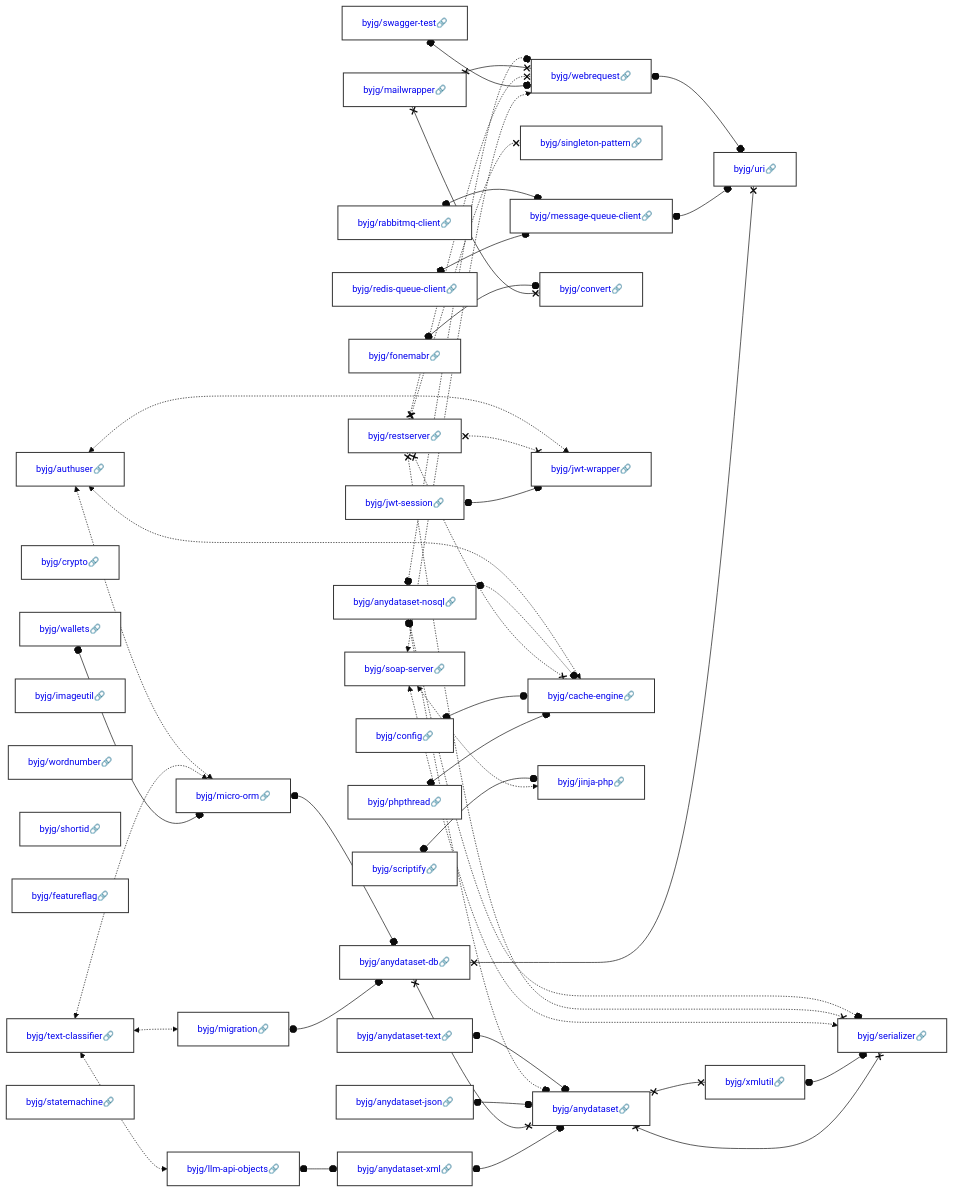
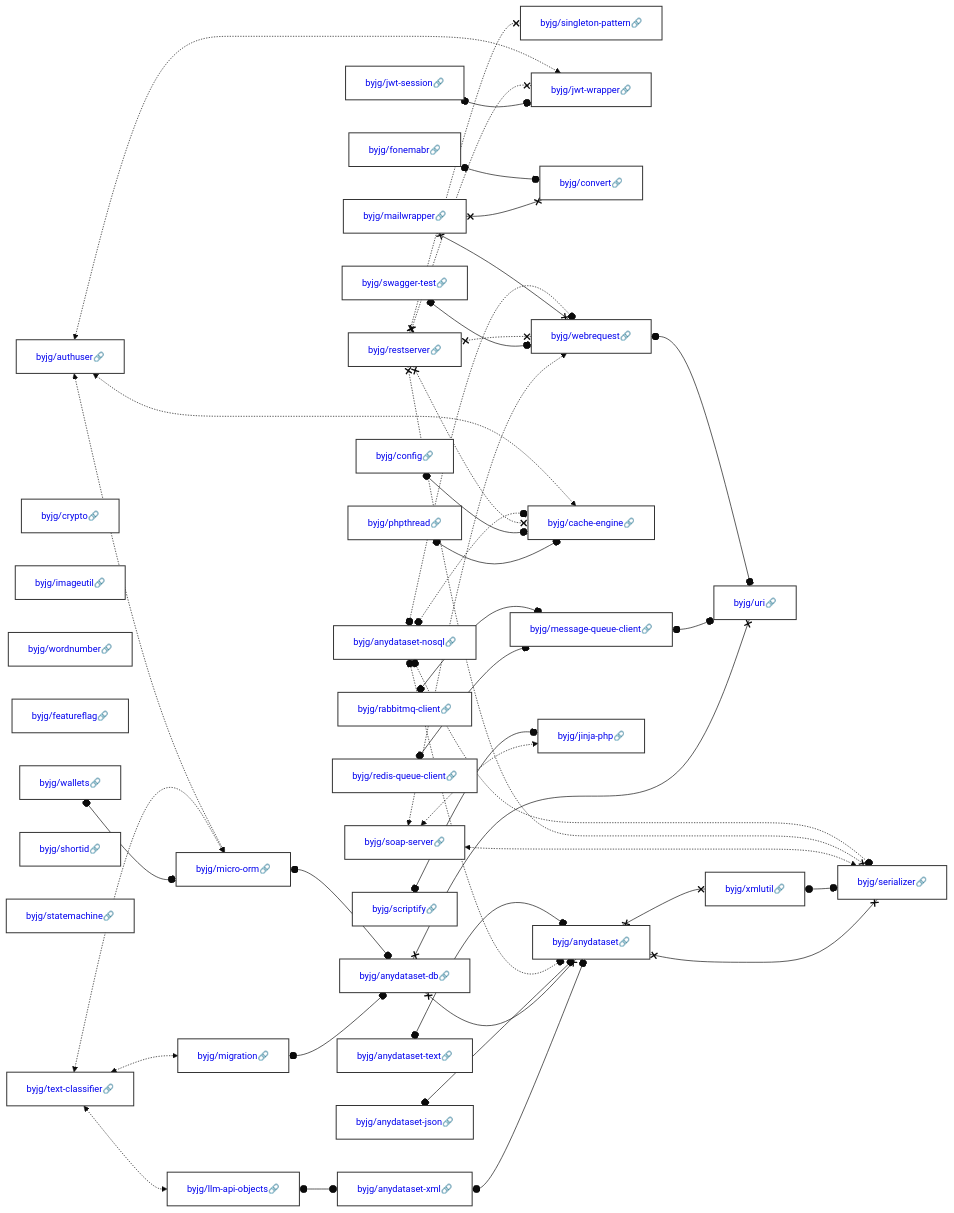
Before and after one commit to byjg/byjg.github.io: the diagram in docs/php/README.md, drawn with Mermaid (base theme). The commit also changed other lines of this file, not shown here.

Commit message:
Update documentation 'php' 'php-gluo-core'

````diff
--- a/docs/php/README.md
+++ b/docs/php/README.md
@@ -3,38 +3,38 @@
 ```mermaid
 graph LR;
   byjg/authuser[<a href='https://opensource.byjg.com/docs/php/authuser' style='text-decoration:none'>byjg/authuser🔗</a>];
+  byjg/mailwrapper[<a href='https://opensource.byjg.com/docs/php/mailwrapper' style='text-decoration:none'>byjg/mailwrapper🔗</a>];
+  byjg/crypto[<a href='https://opensource.byjg.com/docs/php/crypto' style='text-decoration:none'>byjg/crypto🔗</a>];
+  byjg/imageutil[<a href='https://opensource.byjg.com/docs/php/imageutil' style='text-decoration:none'>byjg/imageutil🔗</a>];
+  byjg/swagger-test[<a href='https://opensource.byjg.com/docs/php/swagger-test' style='text-decoration:none'>byjg/swagger-test🔗</a>];
+  byjg/anydataset-text[<a href='https://opensource.byjg.com/docs/php/anydataset-text' style='text-decoration:none'>byjg/anydataset-text🔗</a>];
+  byjg/wordnumber[<a href='https://opensource.byjg.com/docs/php/wordnumber' style='text-decoration:none'>byjg/wordnumber🔗</a>];
+  byjg/restserver[<a href='https://opensource.byjg.com/docs/php/restserver' style='text-decoration:none'>byjg/restserver🔗</a>];
+  byjg/phpthread[<a href='https://opensource.byjg.com/docs/php/phpthread' style='text-decoration:none'>byjg/phpthread🔗</a>];
+  byjg/featureflag[<a href='https://opensource.byjg.com/docs/php/featureflag' style='text-decoration:none'>byjg/featureflag🔗</a>];
+  byjg/soap-server[<a href='https://opensource.byjg.com/docs/php/soap-server' style='text-decoration:none'>byjg/soap-server🔗</a>];
+  byjg/jwt-session[<a href='https://opensource.byjg.com/docs/php/jwt-session' style='text-decoration:none'>byjg/jwt-session🔗</a>];
+  byjg/text-classifier[<a href='https://opensource.byjg.com/docs/php/text-classifier' style='text-decoration:none'>byjg/text-classifier🔗</a>];
+  byjg/fonemabr[<a href='https://opensource.byjg.com/docs/php/fonemabr' style='text-decoration:none'>byjg/fonemabr🔗</a>];
+  byjg/redis-queue-client[<a href='https://opensource.byjg.com/docs/php/redis-queue-client' style='text-decoration:none'>byjg/redis-queue-client🔗</a>];
+  byjg/anydataset-json[<a href='https://opensource.byjg.com/docs/php/anydataset-json' style='text-decoration:none'>byjg/anydataset-json🔗</a>];
+  byjg/config[<a href='https://opensource.byjg.com/docs/php/config' style='text-decoration:none'>byjg/config🔗</a>];
+  byjg/shortid[<a href='https://opensource.byjg.com/docs/php/shortid' style='text-decoration:none'>byjg/shortid🔗</a>];
+  byjg/statemachine[<a href='https://opensource.byjg.com/docs/php/statemachine' style='text-decoration:none'>byjg/statemachine🔗</a>];
+  byjg/anydataset-nosql[<a href='https://opensource.byjg.com/docs/php/anydataset-nosql' style='text-decoration:none'>byjg/anydataset-nosql🔗</a>];
   byjg/rabbitmq-client[<a href='https://opensource.byjg.com/docs/php/rabbitmq-client' style='text-decoration:none'>byjg/rabbitmq-client🔗</a>];
-  byjg/crypto[<a href='https://opensource.byjg.com/docs/php/crypto' style='text-decoration:none'>byjg/crypto🔗</a>];
-  byjg/redis-queue-client[<a href='https://opensource.byjg.com/docs/php/redis-queue-client' style='text-decoration:none'>byjg/redis-queue-client🔗</a>];
-  byjg/restserver[<a href='https://opensource.byjg.com/docs/php/restserver' style='text-decoration:none'>byjg/restserver🔗</a>];
-  byjg/swagger-test[<a href='https://opensource.byjg.com/docs/php/swagger-test' style='text-decoration:none'>byjg/swagger-test🔗</a>];
-  byjg/text-classifier[<a href='https://opensource.byjg.com/docs/php/text-classifier' style='text-decoration:none'>byjg/text-classifier🔗</a>];
-  byjg/soap-server[<a href='https://opensource.byjg.com/docs/php/soap-server' style='text-decoration:none'>byjg/soap-server🔗</a>];
-  byjg/anydataset-text[<a href='https://opensource.byjg.com/docs/php/anydataset-text' style='text-decoration:none'>byjg/anydataset-text🔗</a>];
-  byjg/imageutil[<a href='https://opensource.byjg.com/docs/php/imageutil' style='text-decoration:none'>byjg/imageutil🔗</a>];
-  byjg/anydataset-nosql[<a href='https://opensource.byjg.com/docs/php/anydataset-nosql' style='text-decoration:none'>byjg/anydataset-nosql🔗</a>];
-  byjg/mailwrapper[<a href='https://opensource.byjg.com/docs/php/mailwrapper' style='text-decoration:none'>byjg/mailwrapper🔗</a>];
-  byjg/wordnumber[<a href='https://opensource.byjg.com/docs/php/wordnumber' style='text-decoration:none'>byjg/wordnumber🔗</a>];
-  byjg/phpthread[<a href='https://opensource.byjg.com/docs/php/phpthread' style='text-decoration:none'>byjg/phpthread🔗</a>];
-  byjg/shortid[<a href='https://opensource.byjg.com/docs/php/shortid' style='text-decoration:none'>byjg/shortid🔗</a>];
-  byjg/fonemabr[<a href='https://opensource.byjg.com/docs/php/fonemabr' style='text-decoration:none'>byjg/fonemabr🔗</a>];
-  byjg/jwt-session[<a href='https://opensource.byjg.com/docs/php/jwt-session' style='text-decoration:none'>byjg/jwt-session🔗</a>];
-  byjg/config[<a href='https://opensource.byjg.com/docs/php/config' style='text-decoration:none'>byjg/config🔗</a>];
-  byjg/featureflag[<a href='https://opensource.byjg.com/docs/php/featureflag' style='text-decoration:none'>byjg/featureflag🔗</a>];
-  byjg/anydataset-json[<a href='https://opensource.byjg.com/docs/php/anydataset-json' style='text-decoration:none'>byjg/anydataset-json🔗</a>];
+  byjg/wallets[<a href='https://opensource.byjg.com/docs/php/wallets' style='text-decoration:none'>byjg/wallets🔗</a>];
   byjg/scriptify[<a href='https://opensource.byjg.com/docs/php/scriptify' style='text-decoration:none'>byjg/scriptify🔗</a>];
-  byjg/wallets[<a href='https://opensource.byjg.com/docs/php/wallets' style='text-decoration:none'>byjg/wallets🔗</a>];
-  byjg/statemachine[<a href='https://opensource.byjg.com/docs/php/statemachine' style='text-decoration:none'>byjg/statemachine🔗</a>];
-  byjg/message-queue-client[<a href='https://opensource.byjg.com/docs/php/message-queue-client' style='text-decoration:none'>byjg/message-queue-client🔗</a>];
   byjg/singleton-pattern[<a href='https://opensource.byjg.com/docs/php/singleton-pattern' style='text-decoration:none'>byjg/singleton-pattern🔗</a>];
+  byjg/jwt-wrapper[<a href='https://opensource.byjg.com/docs/php/jwt-wrapper' style='text-decoration:none'>byjg/jwt-wrapper🔗</a>];
   byjg/migration[<a href='https://opensource.byjg.com/docs/php/migration' style='text-decoration:none'>byjg/migration🔗</a>];
   byjg/llm-api-objects[<a href='https://opensource.byjg.com/docs/php/llm-api-objects' style='text-decoration:none'>byjg/llm-api-objects🔗</a>];
+  byjg/convert[<a href='https://opensource.byjg.com/docs/php/convert' style='text-decoration:none'>byjg/convert🔗</a>];
   byjg/webrequest[<a href='https://opensource.byjg.com/docs/php/webrequest' style='text-decoration:none'>byjg/webrequest🔗</a>];
-  byjg/convert[<a href='https://opensource.byjg.com/docs/php/convert' style='text-decoration:none'>byjg/convert🔗</a>];
-  byjg/jwt-wrapper[<a href='https://opensource.byjg.com/docs/php/jwt-wrapper' style='text-decoration:none'>byjg/jwt-wrapper🔗</a>];
   byjg/cache-engine[<a href='https://opensource.byjg.com/docs/php/cache-engine' style='text-decoration:none'>byjg/cache-engine🔗</a>];
+  byjg/message-queue-client[<a href='https://opensource.byjg.com/docs/php/message-queue-client' style='text-decoration:none'>byjg/message-queue-client🔗</a>];
+  byjg/micro-orm[<a href='https://opensource.byjg.com/docs/php/micro-orm' style='text-decoration:none'>byjg/micro-orm🔗</a>];
   byjg/jinja-php[<a href='https://opensource.byjg.com/docs/php/jinja-php' style='text-decoration:none'>byjg/jinja-php🔗</a>];
-  byjg/micro-orm[<a href='https://opensource.byjg.com/docs/php/micro-orm' style='text-decoration:none'>byjg/micro-orm🔗</a>];
   byjg/anydataset-xml[<a href='https://opensource.byjg.com/docs/php/anydataset-xml' style='text-decoration:none'>byjg/anydataset-xml🔗</a>];
   byjg/anydataset-db[<a href='https://opensource.byjg.com/docs/php/anydataset-db' style='text-decoration:none'>byjg/anydataset-db🔗</a>];
   byjg/anydataset[<a href='https://opensource.byjg.com/docs/php/anydataset' style='text-decoration:none'>byjg/anydataset🔗</a>];
````
